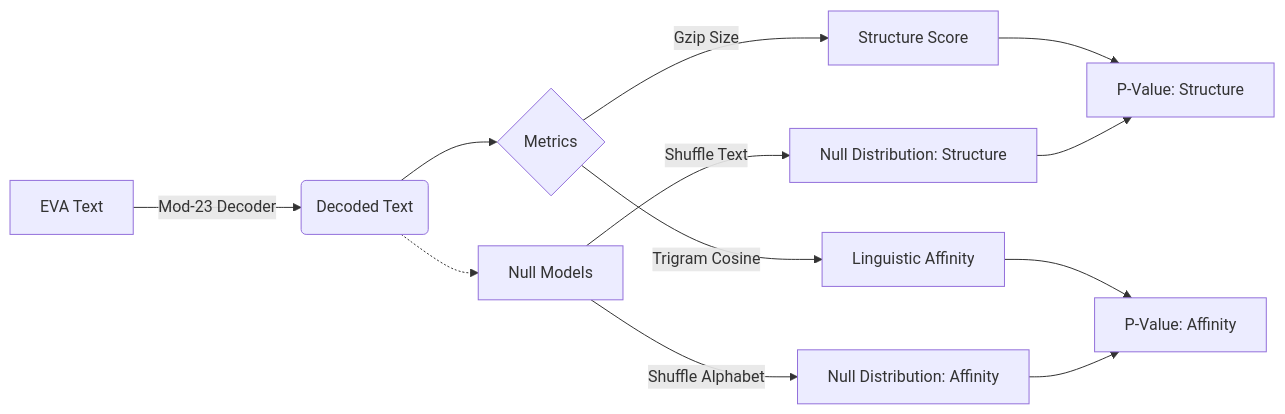
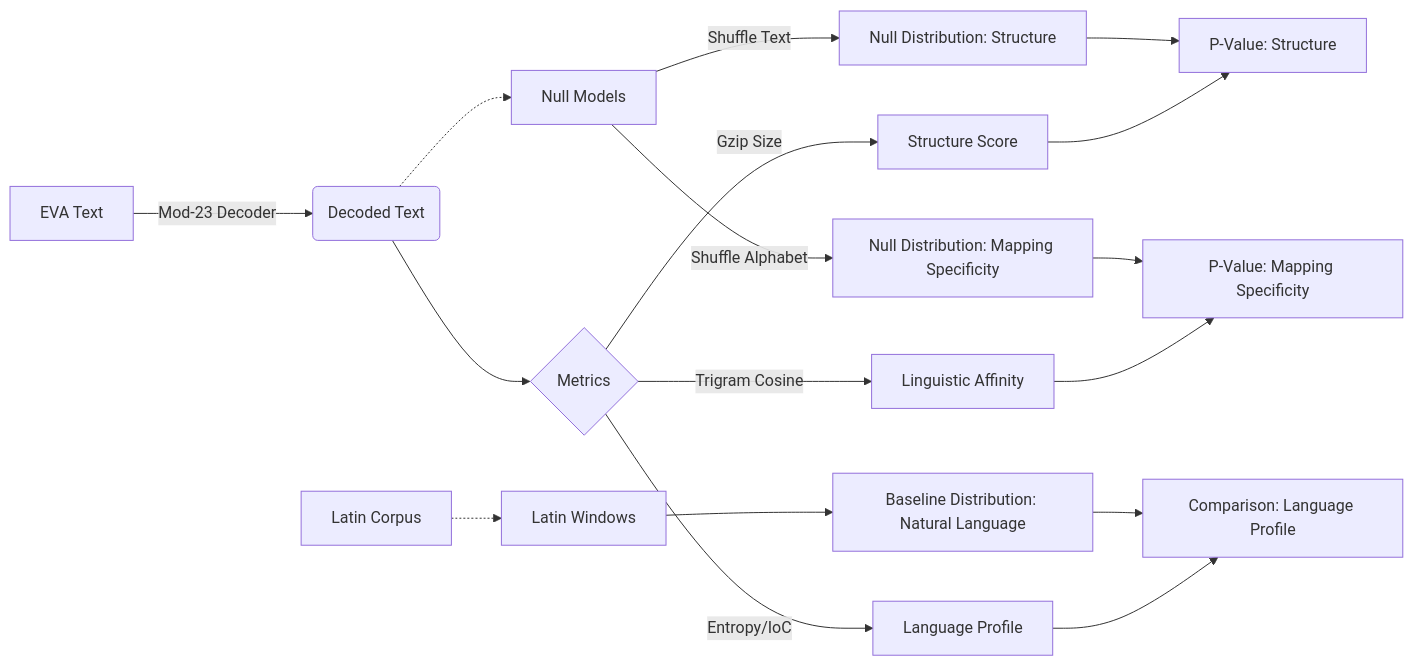
The diagram in README.md (seismicgear/voynich-mod23), drawn with Mermaid before and after one commit. The commit also changed other lines of this file and 4 other files, not shown here.

````diff
--- a/README.md
+++ b/README.md
@@ -26,14 +26,19 @@
 ```mermaid
 graph LR
     A[EVA Text] -->|Mod-23 Decoder| B(Decoded Text)
     B --> C{Metrics}
     C -->|Gzip Size| D[Structure Score]
     C -->|Trigram Cosine| E[Linguistic Affinity]
+    C -->|Entropy/IoC| K[Language Profile]
 
     B -.-> F[Null Models]
     F -->|Shuffle Text| G[Null Distribution: Structure]
-    F -->|Shuffle Alphabet| H[Null Distribution: Affinity]
+    F -->|Shuffle Alphabet| H[Null Distribution: Mapping Specificity]
+
+    L[Latin Corpus] -.-> M[Latin Windows]
+    M --> N[Baseline Distribution: Natural Language]
 
     D & G --> I[P-Value: Structure]
-    E & H --> J[P-Value: Affinity]
+    E & H --> J[P-Value: Mapping Specificity]
+    K & N --> O[Comparison: Language Profile]
 ```
````
